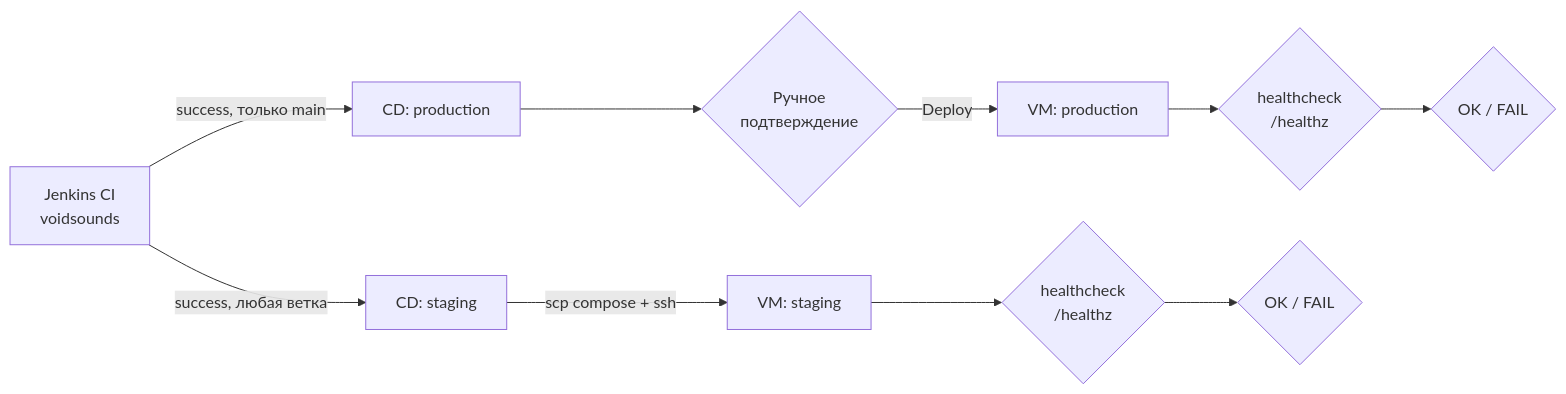
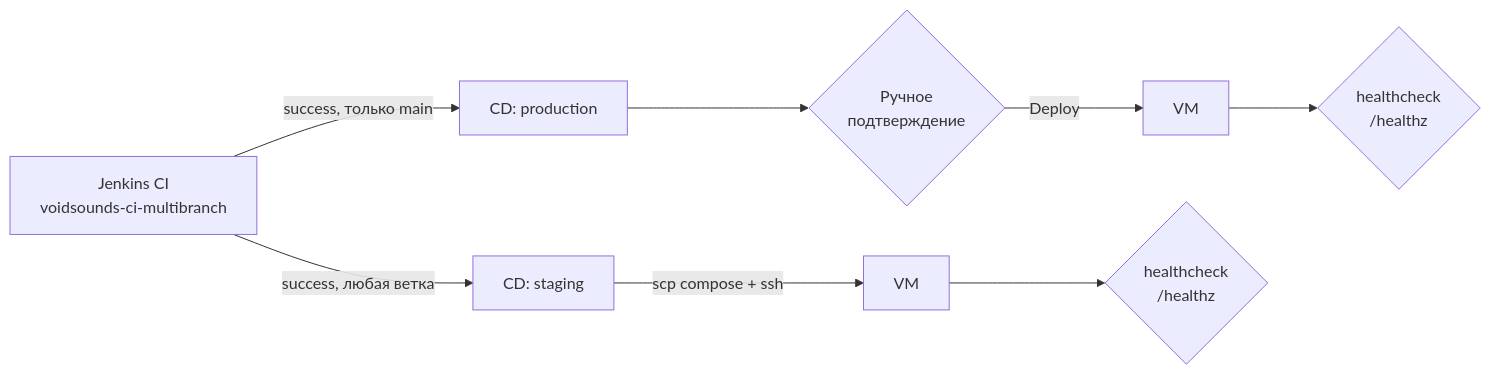
Before and after one commit to Clementineqq/-jenkins-pipelines: the diagram in README.md, drawn with Mermaid. The commit also changed other lines of this file, not shown here.

````diff
--- a/README.md
+++ b/README.md
@@ -10,12 +10,10 @@
 ```mermaid
 flowchart LR
-    ci["Jenkins CI<br/>voidsounds"] -->|success, любая ветка| stg["CD: staging"]
+    ci["Jenkins CI<br/>voidsounds-ci-multibranch"] -->|success, любая ветка| stg["CD: staging"]
     ci -->|success, только main| prd["CD: production"]
-    stg -->|scp compose + ssh| s1["VM: staging"]
+    stg -->|scp compose + ssh| s1["VM <br/>"]
     prd --> appr{"Ручное<br/>подтверждение"}
-    appr -->|Deploy| p1["VM: production"]
+    appr -->|Deploy| p1["VM <br/>"]
     s1 --> hc1{"healthcheck<br/>/healthz"}
     p1 --> hc2{"healthcheck<br/>/healthz"}
-    hc1 --> r1{"OK / FAIL"}
-    hc2 --> r2{"OK / FAIL"}
 ```
````
